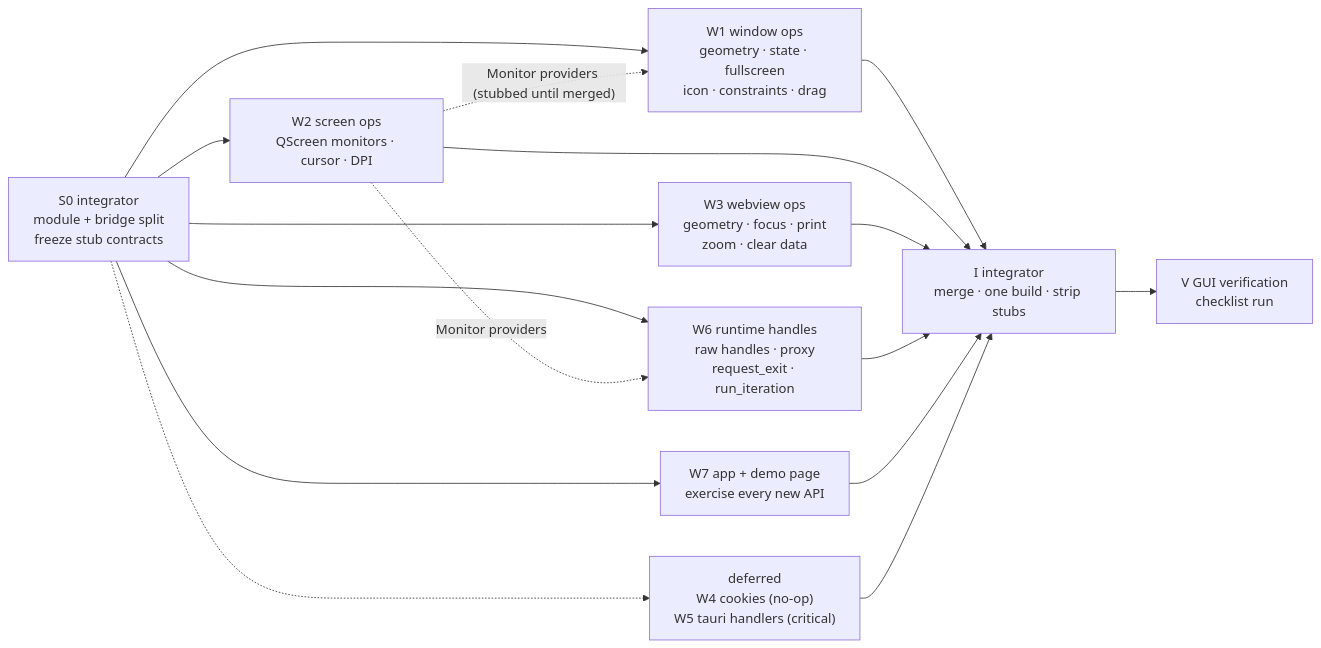
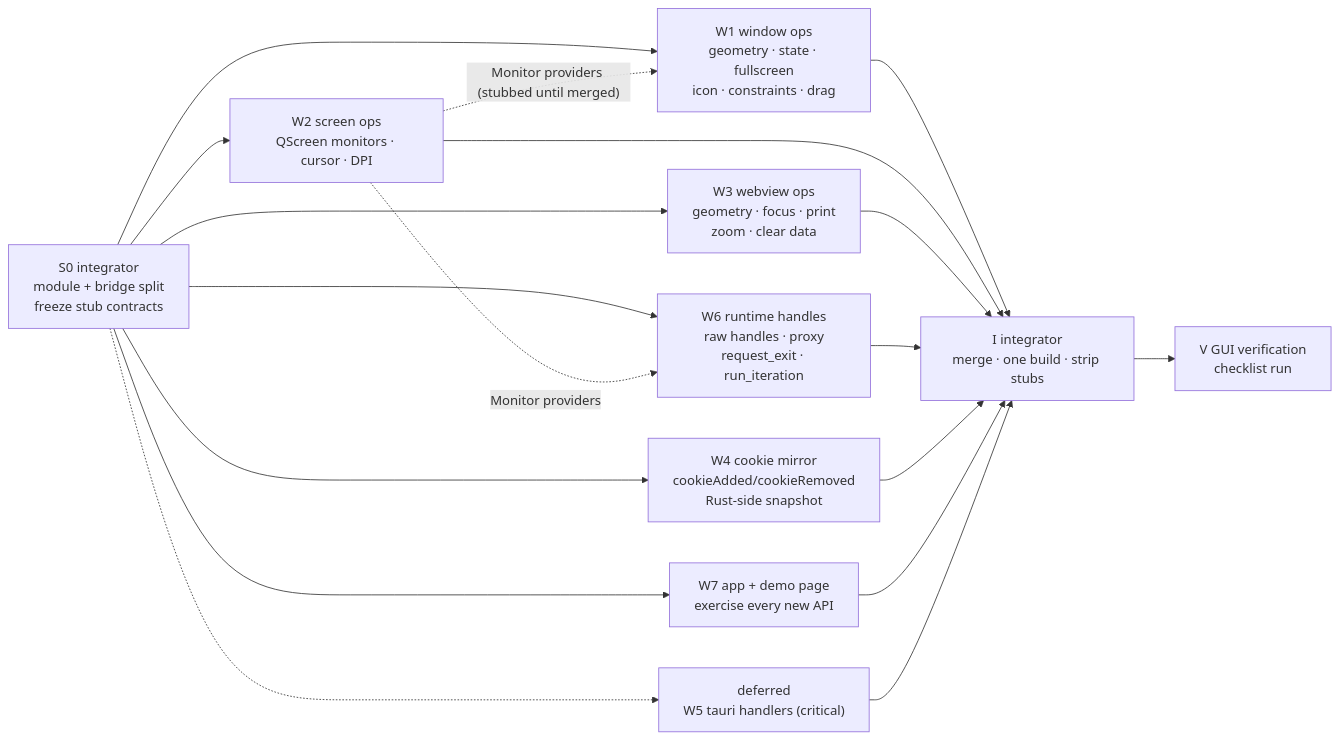
One commit to Alper-Celik/TauriQt changed the diagram in PLAN-WORKERS.md. Above: the diagram before and after it, drawn with Mermaid. The commit also changed other lines of this file, not shown here.

Commit message:
Plan: cookie mirror decision (W4) with rejected alternatives

````diff
--- a/PLAN-WORKERS.md
+++ b/PLAN-WORKERS.md
@@ -29,28 +29,31 @@
 ```mermaid
 graph LR
     S0["S0 integrator<br/>module + bridge split<br/>freeze stub contracts"]
     W1["W1 window ops<br/>geometry · state · fullscreen<br/>icon · constraints · drag"]
     W2["W2 screen ops<br/>QScreen monitors · cursor · DPI"]
     W3["W3 webview ops<br/>geometry · focus · print<br/>zoom · clear data"]
     W6["W6 runtime handles<br/>raw handles · proxy<br/>request_exit · run_iteration"]
     W7["W7 app + demo page<br/>exercise every new API"]
-    DEF["deferred<br/>W4 cookies (no-op)<br/>W5 tauri handlers (critical)"]
+    W4["W4 cookie mirror<br/>cookieAdded/cookieRemoved<br/>Rust-side snapshot"]
+    DEF["deferred<br/>W5 tauri handlers (critical)"]
     I["I integrator<br/>merge · one build · strip stubs"]
     V["V GUI verification<br/>checklist run"]
 
     S0 --> W1
     S0 --> W2
     S0 --> W3
     S0 --> W6
     S0 --> W7
+    S0 --> W4
     S0 -.-> DEF
     W2 -.->|"Monitor providers (stubbed until merged)"| W1
     W2 -.->|"Monitor providers"| W6
     W1 --> I
     W2 --> I
     W3 --> I
     W6 --> I
+    W4 --> I
     W7 --> I
     DEF --> I
     I --> V
 ```
````
